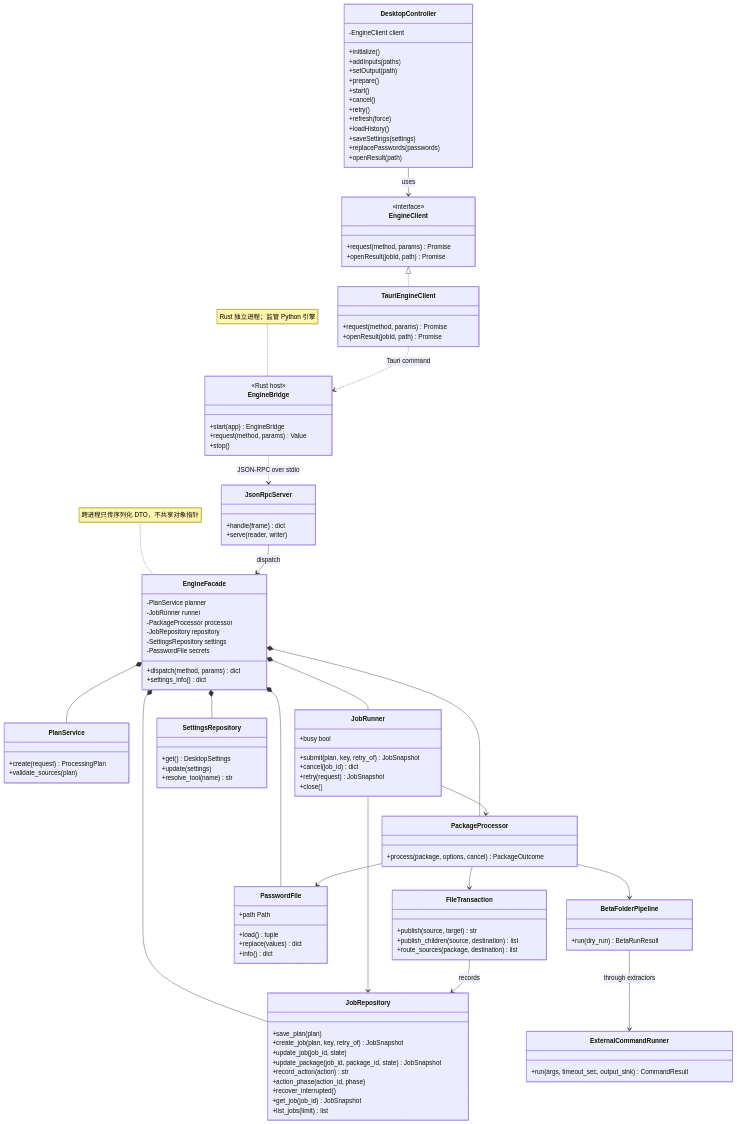
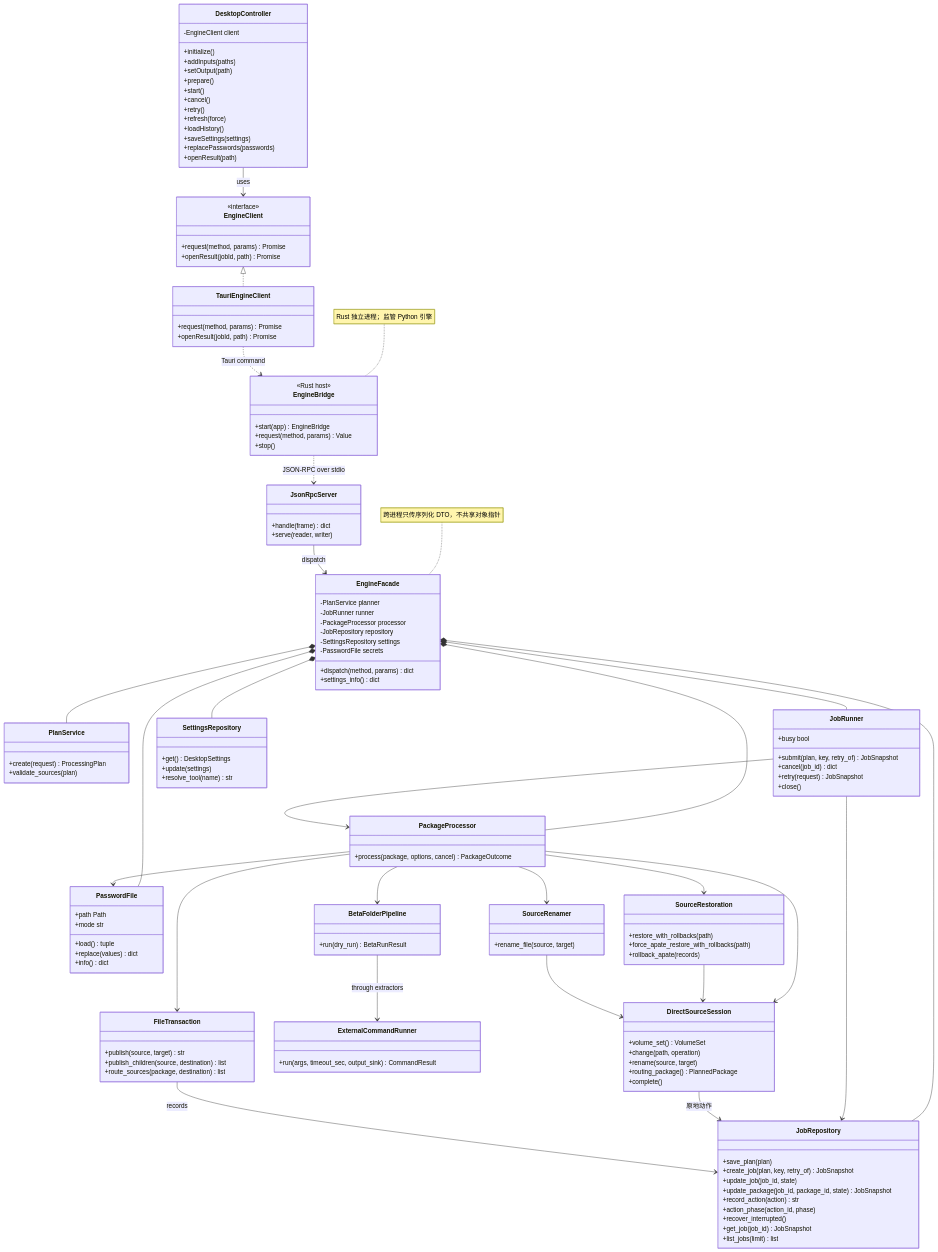
One commit to WOO-woo-Waf/reorder changed the second of 7 diagrams in docs/desktop-design.md. Above: the diagram before and after it, drawn with Mermaid. The commit also changed other lines of this file and 31 other files, not shown here.

```diff
--- a/docs/desktop-design.md
+++ b/docs/desktop-design.md
@@ -169,12 +176,28 @@
     +replace(values) dict
     +info() dict
     +path Path
+    +mode str
   }
   class ExternalCommandRunner {
     +run(args, timeout_sec, output_sink) CommandResult
   }
   class BetaFolderPipeline {
     +run(dry_run) BetaRunResult
+  }
+  class DirectSourceSession {
+    +volume_set() VolumeSet
+    +change(path, operation)
+    +rename(source, target)
+    +routing_package() PlannedPackage
+    +complete()
+  }
+  class SourceRestoration {
+    +restore_with_rollbacks(path)
+    +force_apate_restore_with_rollbacks(path)
+    +rollback_apate(records)
+  }
+  class SourceRenamer {
+    +rename_file(source, target)
   }
   EngineClient <|.. TauriEngineClient
   DesktopController --> EngineClient : uses
@@ -191,6 +214,12 @@
   JobRunner --> JobRepository
   PackageProcessor --> BetaFolderPipeline
   PackageProcessor --> FileTransaction
+  PackageProcessor --> DirectSourceSession
+  PackageProcessor --> SourceRestoration
+  PackageProcessor --> SourceRenamer
+  SourceRestoration --> DirectSourceSession
+  SourceRenamer --> DirectSourceSession
+  DirectSourceSession --> JobRepository : 原地动作
   PackageProcessor --> PasswordFile
   FileTransaction --> JobRepository : records
   BetaFolderPipeline --> ExternalCommandRunner : through extractors
```
